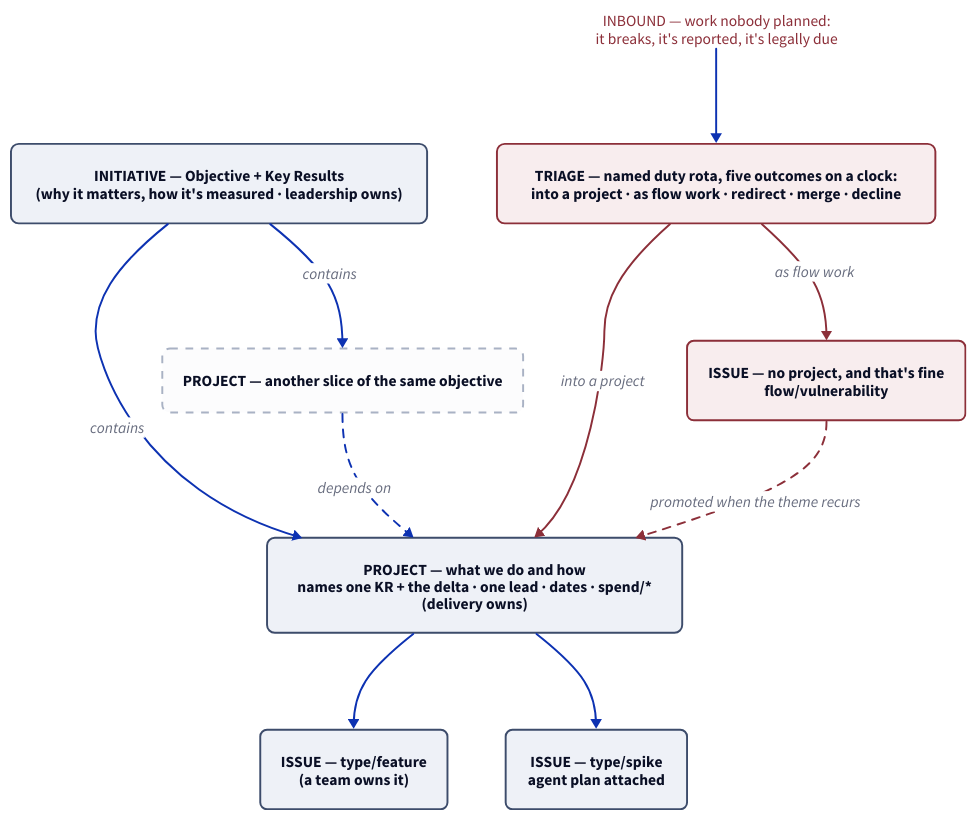
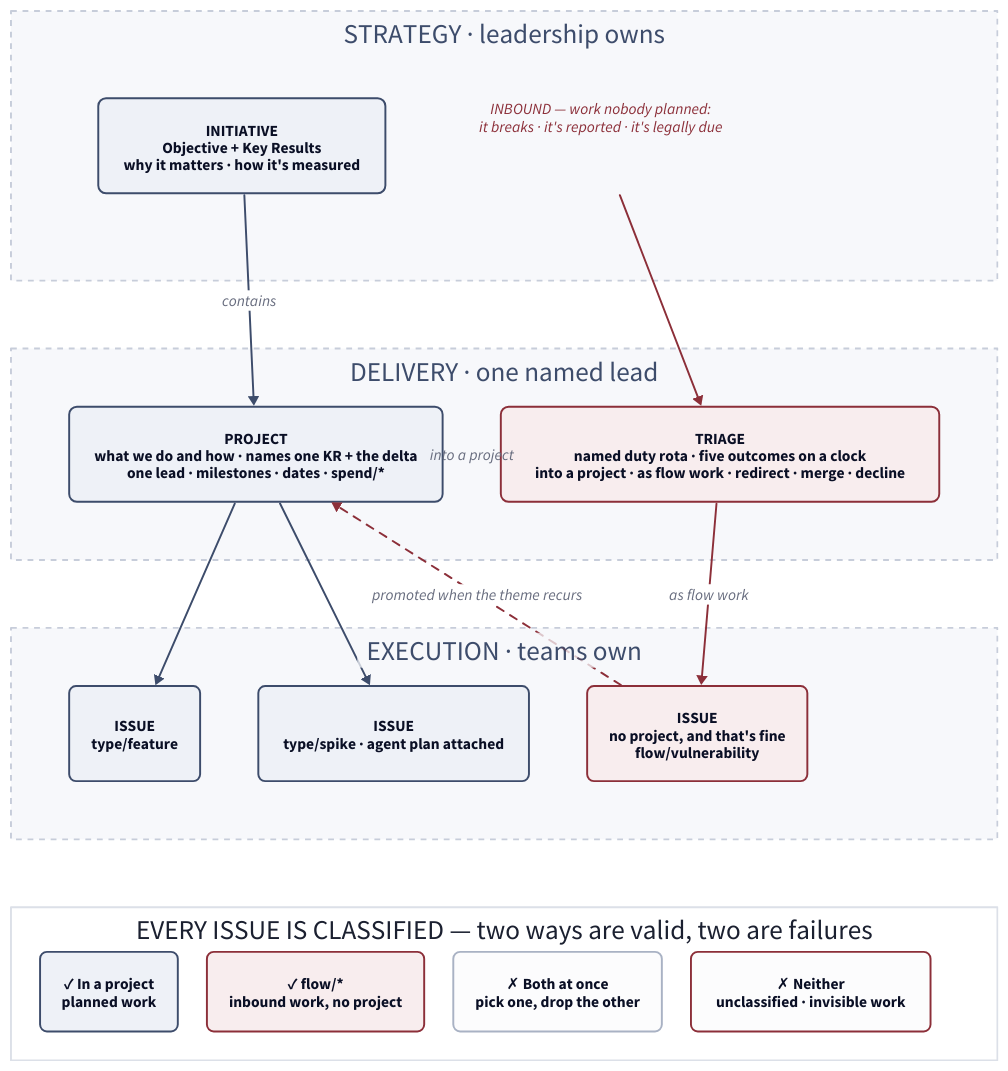
One commit to hungovercoders/linear-work-management changed the diagram in docs/diagrams/model.d2. Above: the diagram before and after it, drawn with D2.

Commit message:
refine(GRI-69): banded top-to-bottom model diagram
- Stack STRATEGY/DELIVERY/EXECUTION as swimlane bands (D2 grid) so the
  drive reads top-to-bottom: initiative -> project -> issues
- Flow lane down the right: inbound -> triage -> flow issue, promoted back up
- Triage-born issue now sits in the EXECUTION band (issue level), not beside a project
- Add the classification rule strip; drop the ghost project for a cleaner high-level view

````diff
--- a/docs/diagrams/model.d2
+++ b/docs/diagrams/model.d2
@@ -1,45 +1,80 @@
 # Canonical operating-model diagram. Edit this, not the rendered SVG.
 # Rendered inline on the cheat sheet via Kroki (```kroki-d2```).
-# initiative -> project -> issue, with the inbound/flow lane through triage.
+# Bands stack TOP-TO-BOTTOM as swimlanes; the drive is INITIATIVE -> PROJECT -> ISSUE
+# down the left, with the inbound/flow lane down the right through TRIAGE.
 
+grid-columns: 1
+grid-gap: 70
 direction: down
 
-initiative: "INITIATIVE — Objective + Key Results\n(why it matters, how it's measured · leadership owns)" {
-  style: {fill: "#EEF1F7"; stroke: "#3D4C6B"; border-radius: 8}
+# ---------- STRATEGY band ----------
+strategy: "STRATEGY  ·  leadership owns" {
+  grid-rows: 1
+  grid-gap: 90
+  style: {fill: "#F7F8FB"; stroke: "#C7CDDA"; stroke-dash: 3; font-color: "#3D4C6B"}
+  initiative: "INITIATIVE\nObjective + Key Results\nwhy it matters · how it's measured" {
+    style: {fill: "#EEF1F7"; stroke: "#3D4C6B"; border-radius: 8; bold: true}
+  }
+  inbound: "INBOUND — work nobody planned:\nit breaks · it's reported · it's legally due" {
+    shape: text
+    style: {font-color: "#8C2F39"; italic: true}
+  }
 }
 
-project: "PROJECT — what we do and how\nnames one KR + the delta · one lead · dates · spend/*\n(delivery owns)" {
-  style: {fill: "#EEF1F7"; stroke: "#3D4C6B"; border-radius: 8}
-}
-project2: "PROJECT — another slice of the same objective" {
-  style: {fill: "#FCFCFD"; stroke: "#A9B2C4"; stroke-dash: 4; border-radius: 8}
+# ---------- DELIVERY band ----------
+delivery: "DELIVERY  ·  one named lead" {
+  grid-rows: 1
+  grid-gap: 60
+  style: {fill: "#F7F8FB"; stroke: "#C7CDDA"; stroke-dash: 3; font-color: "#3D4C6B"}
+  project: "PROJECT\nwhat we do and how · names one KR + the delta\none lead · milestones · dates · spend/*" {
+    style: {fill: "#EEF1F7"; stroke: "#3D4C6B"; border-radius: 8; bold: true}
+  }
+  triage: "TRIAGE\nnamed duty rota · five outcomes on a clock\ninto a project · as flow work · redirect · merge · decline" {
+    style: {fill: "#F8EDEE"; stroke: "#8C2F39"; border-radius: 8; bold: true}
+  }
 }
 
-issue1: "ISSUE — type/feature\n(a team owns it)" {
-  style: {fill: "#EEF1F7"; stroke: "#3D4C6B"; border-radius: 7}
-}
-issue2: "ISSUE — type/spike\nagent plan attached" {
-  style: {fill: "#EEF1F7"; stroke: "#3D4C6B"; border-radius: 7}
+# ---------- EXECUTION band ----------
+execution: "EXECUTION  ·  teams own" {
+  grid-rows: 1
+  grid-gap: 60
+  style: {fill: "#F7F8FB"; stroke: "#C7CDDA"; stroke-dash: 3; font-color: "#3D4C6B"}
+  issue1: "ISSUE\ntype/feature" {
+    style: {fill: "#EEF1F7"; stroke: "#3D4C6B"; border-radius: 7}
+  }
+  issue2: "ISSUE\ntype/spike · agent plan attached" {
+    style: {fill: "#EEF1F7"; stroke: "#3D4C6B"; border-radius: 7}
+  }
+  flowissue: "ISSUE\nno project, and that's fine\nflow/vulnerability" {
+    style: {fill: "#F8EDEE"; stroke: "#8C2F39"; border-radius: 7}
+  }
 }
 
-inbound: "INBOUND — work nobody planned:\nit breaks, it's reported, it's legally due" {
-  shape: text
-  style: {font-color: "#8C2F39"}
-}
-triage: "TRIAGE — named duty rota, five outcomes on a clock:\ninto a project · as flow work · redirect · merge · decline" {
-  style: {fill: "#F8EDEE"; stroke: "#8C2F39"; border-radius: 8}
-}
-flowissue: "ISSUE — no project, and that's fine\nflow/vulnerability" {
-  style: {fill: "#F8EDEE"; stroke: "#8C2F39"; border-radius: 7}
+# ---------- classification rule strip ----------
+rule: "EVERY ISSUE IS CLASSIFIED — two ways are valid, two are failures" {
+  grid-rows: 1
+  grid-gap: 30
+  style: {fill: "#FFFFFF"; stroke: "#DCE0E8"; font-color: "#1B2030"}
+  ok_project: "✓ In a project\nplanned work" {
+    style: {fill: "#EEF1F7"; stroke: "#3D4C6B"; border-radius: 7}
+  }
+  ok_flow: "✓ flow/*\ninbound work, no project" {
+    style: {fill: "#F8EDEE"; stroke: "#8C2F39"; border-radius: 7}
+  }
+  bad_both: "✗ Both at once\npick one, drop the other" {
+    style: {fill: "#FCFCFD"; stroke: "#A9B2C4"; border-radius: 7}
+  }
+  bad_neither: "✗ Neither\nunclassified · invisible work" {
+    style: {fill: "#FCFCFD"; stroke: "#8C2F39"; stroke-width: 2; border-radius: 7}
+  }
 }
 
-initiative -> project: contains
-initiative -> project2: contains
-project2 -> project: depends on {style.stroke-dash: 4}
-project -> issue1
-project -> issue2
+# ---------- the top-to-bottom drive + the flow lane ----------
+strategy.initiative -> delivery.project: contains {style.stroke: "#3D4C6B"}
+delivery.project -> execution.issue1: {style.stroke: "#3D4C6B"}
+delivery.project -> execution.issue2: {style.stroke: "#3D4C6B"}
 
-inbound -> triage
-triage -> project: into a project {style.stroke: "#8C2F39"}
-triage -> flowissue: as flow work {style.stroke: "#8C2F39"}
-flowissue -> project: promoted when the theme recurs {style: {stroke: "#8C2F39"; stroke-dash: 4}}
+strategy.inbound -> delivery.triage: {style.stroke: "#8C2F39"}
+delivery.triage -> delivery.project: into a project {style.stroke: "#8C2F39"}
+delivery.triage -> execution.flowissue: as flow work {style.stroke: "#8C2F39"}
+execution.flowissue -> delivery.project: promoted when the theme recurs {style: {stroke: "#8C2F39"; stroke-dash: 4}}
````
